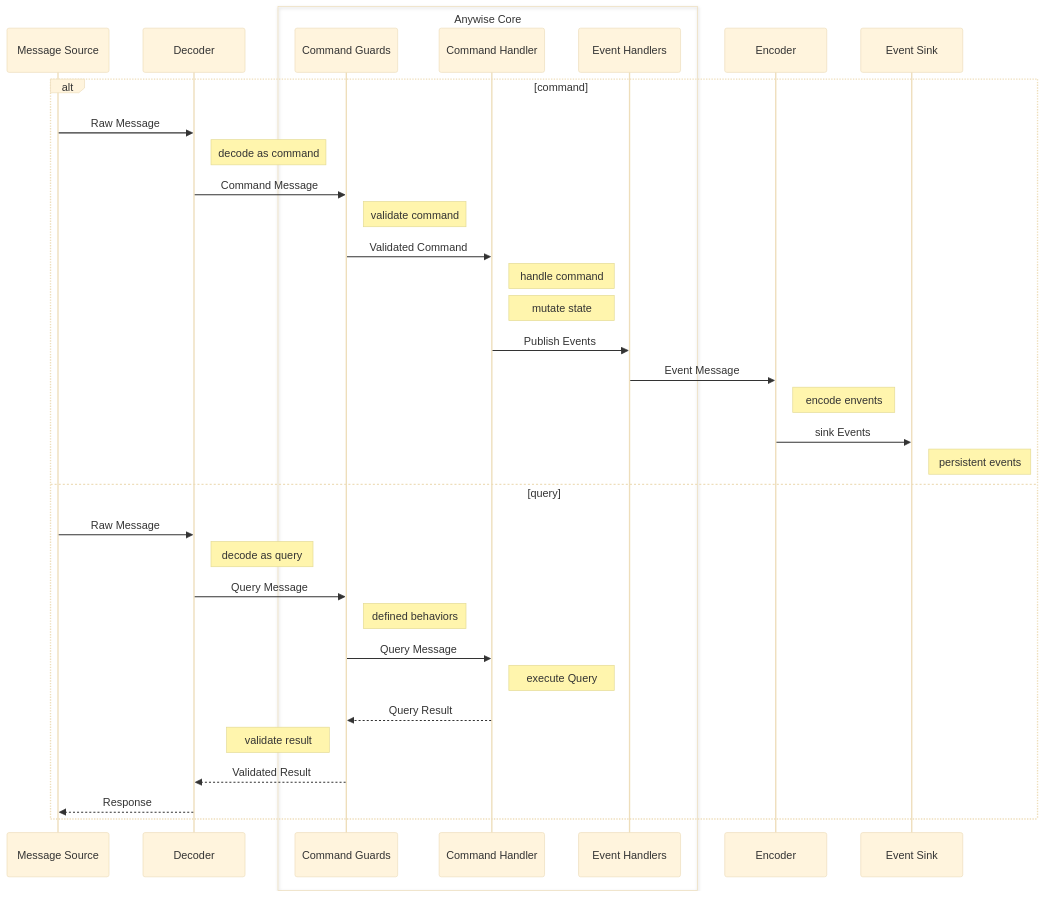
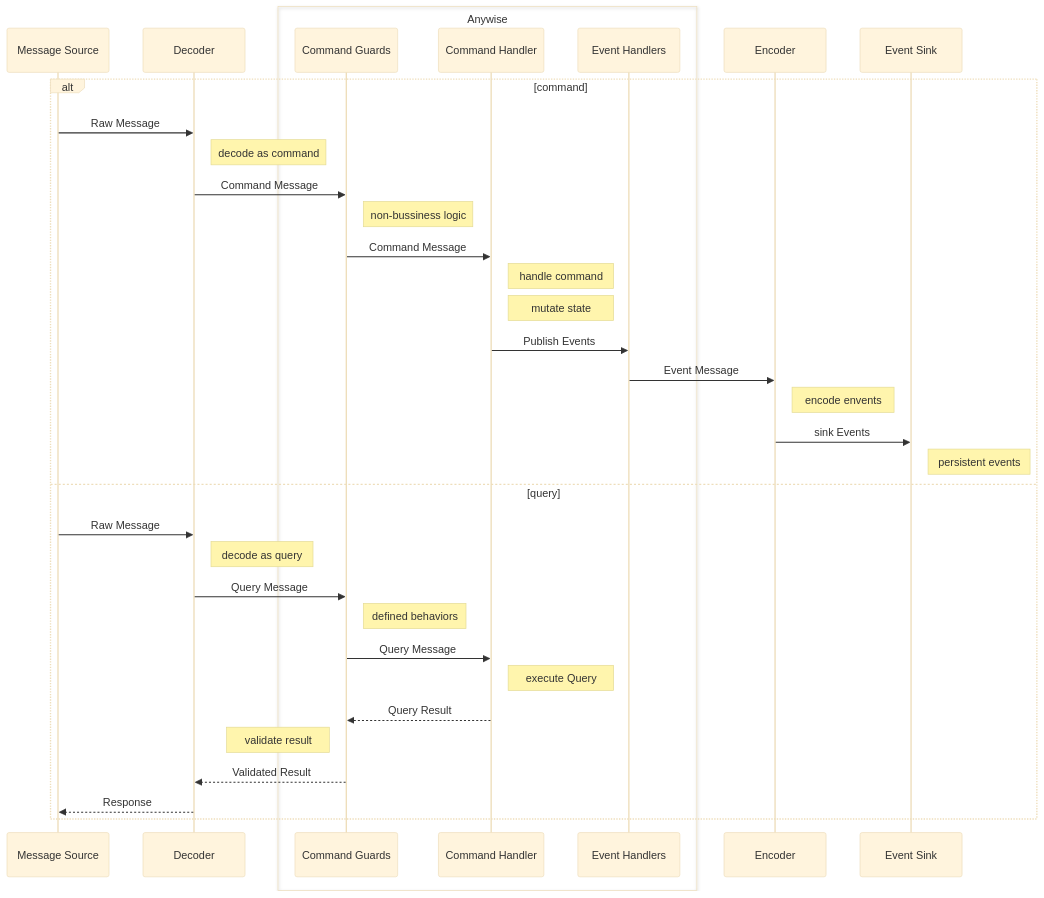
Before and after one commit to raceychan/anywise: the first of 2 diagrams in docs/microservice.md, drawn with Mermaid (base theme). The commit also changed other lines of this file and 19 other files, not shown here.

````diff
--- a/docs/microservice.md
+++ b/docs/microservice.md
@@ -22,40 +22,40 @@
 ```mermaid
 sequenceDiagram
     participant MS as Message Source
     participant D as Decoder
-    box Anywise Core
+    box Anywise
         participant CG as Command Guards
         participant CH as Command Handler
         participant EH as Event Handlers
     end
     participant E as Encoder
     participant ES as Event Sink
 
     %% Command Flow
     alt command
         MS->>D: Raw Message
         Note right of D: decode as command
         D->>CG: Command Message
-        Note right of CG: validate command
-        CG->>CH: Validated Command
+        Note right of CG: non-bussiness logic
+        CG->>CH: Command Message
         Note right of CH: handle command
         Note right of CH: mutate state
         CH->>EH: Publish Events
         EH->>E: Event Message
         Note right of E: encode envents
         E->>ES: sink Events
         Note right of ES: persistent events
     else query
         %% Query Flow
         MS->>D: Raw Message
         Note right of D: decode as query
         D->>CG: Query Message
         Note right of CG: defined behaviors
         CG->>CH: Query  Message
         Note right of CH: execute Query
         CH-->>CG: Query Result
         Note left of CG: validate result
         CG-->>D: Validated Result 
         D-->>MS: Response
     end
 ```
````
